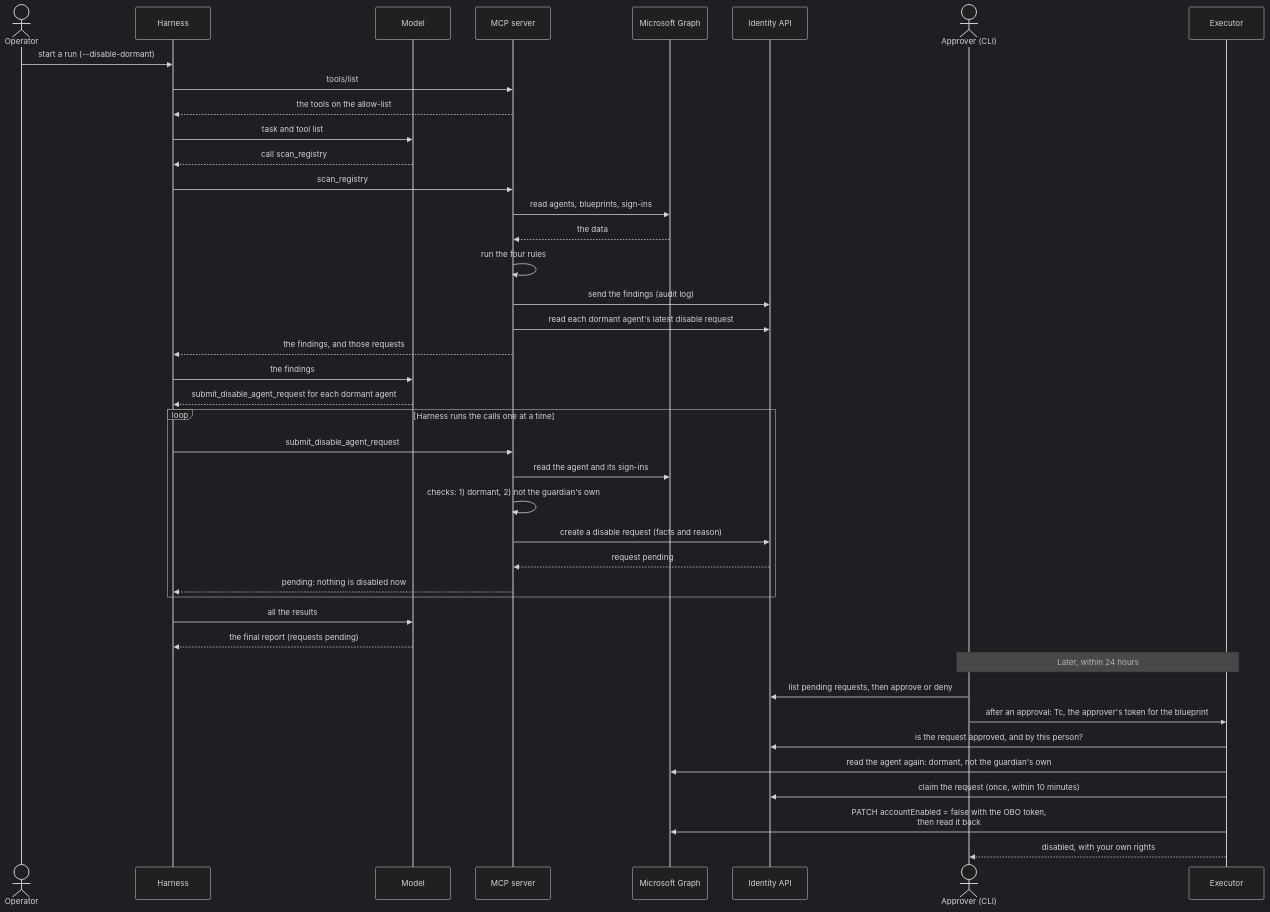
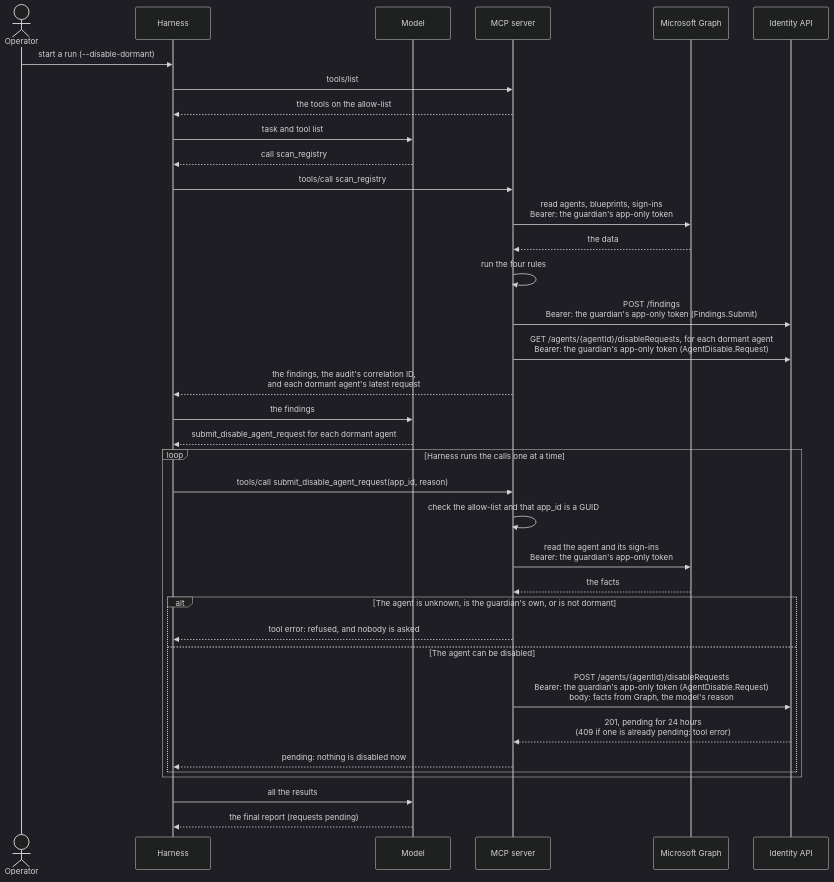
Before and after one commit to alireza-mpr/agent-steward: the second of 4 diagrams in docs/agent-steward-architecture.md, drawn with Mermaid (dark theme). The commit also changed other lines of this file and 18 other files, not shown here.

````diff
--- a/docs/agent-steward-architecture.md
+++ b/docs/agent-steward-architecture.md
@@ -117,46 +137,40 @@
 ```mermaid
 sequenceDiagram
     actor O as Operator
     participant H as Harness
     participant L as Model
     participant M as MCP server
     participant G as Microsoft Graph
     participant A as Identity API
-    actor P as Approver (CLI)
-    participant X as Executor
 
     O->>H: start a run (--disable-dormant)
     H->>M: tools/list
     M-->>H: the tools on the allow-list
     H->>L: task and tool list
     L-->>H: call scan_registry
-    H->>M: scan_registry
-    M->>G: read agents, blueprints, sign-ins
+    H->>M: tools/call scan_registry
+    M->>G: read agents, blueprints, sign-ins<br/>Bearer: the guardian's app-only token
     G-->>M: the data
     M->>M: run the four rules
-    M->>A: send the findings (audit log)
-    M->>A: read each dormant agent's latest disable request
-    M-->>H: the findings, and those requests
+    M->>A: POST /findings<br/>Bearer: the guardian's app-only token (Findings.Submit)
+    M->>A: GET /agents/{agentId}/disableRequests, for each dormant agent<br/>Bearer: the guardian's app-only token (AgentDisable.Request)
+    M-->>H: the findings, the audit's correlation ID,<br/>and each dormant agent's latest request
     H->>L: the findings
 
     L-->>H: submit_disable_agent_request for each dormant agent
     loop Harness runs the calls one at a time
-        H->>M: submit_disable_agent_request
-        M->>G: read the agent and its sign-ins
-        M->>M: checks: 1) dormant, 2) not the guardian's own
-        M->>A: create a disable request (facts and reason)
-        A-->>M: request pending
-        M-->>H: pending: nothing is disabled now
+        H->>M: tools/call submit_disable_agent_request(app_id, reason)
+        M->>M: check the allow-list and that app_id is a GUID
+        M->>G: read the agent and its sign-ins<br/>Bearer: the guardian's app-only token
+        G-->>M: the facts
+        alt The agent is unknown, is the guardian's own, or is not dormant
+            M-->>H: tool error: refused, and nobody is asked
+        else The agent can be disabled
+            M->>A: POST /agents/{agentId}/disableRequests<br/>Bearer: the guardian's app-only token (AgentDisable.Request)<br/>body: facts from Graph, the model's reason
+            A-->>M: 201, pending for 24 hours<br/>(409 if one is already pending: tool error)
+            M-->>H: pending: nothing is disabled now
+        end
     end
     H->>L: all the results
     L-->>H: the final report (requests pending)
-
-    Note over P,X: Later, within 24 hours
-    P->>A: list pending requests, then approve or deny
-    P->>X: after an approval: Tc, the approver's token for the blueprint
-    X->>A: is the request approved, and by this person?
-    X->>G: read the agent again: dormant, not the guardian's own
-    X->>A: claim the request (once, within 10 minutes)
-    X->>G: PATCH accountEnabled = false with the OBO token,<br/>then read it back
-    X-->>P: disabled, with your own rights
 ```
````
